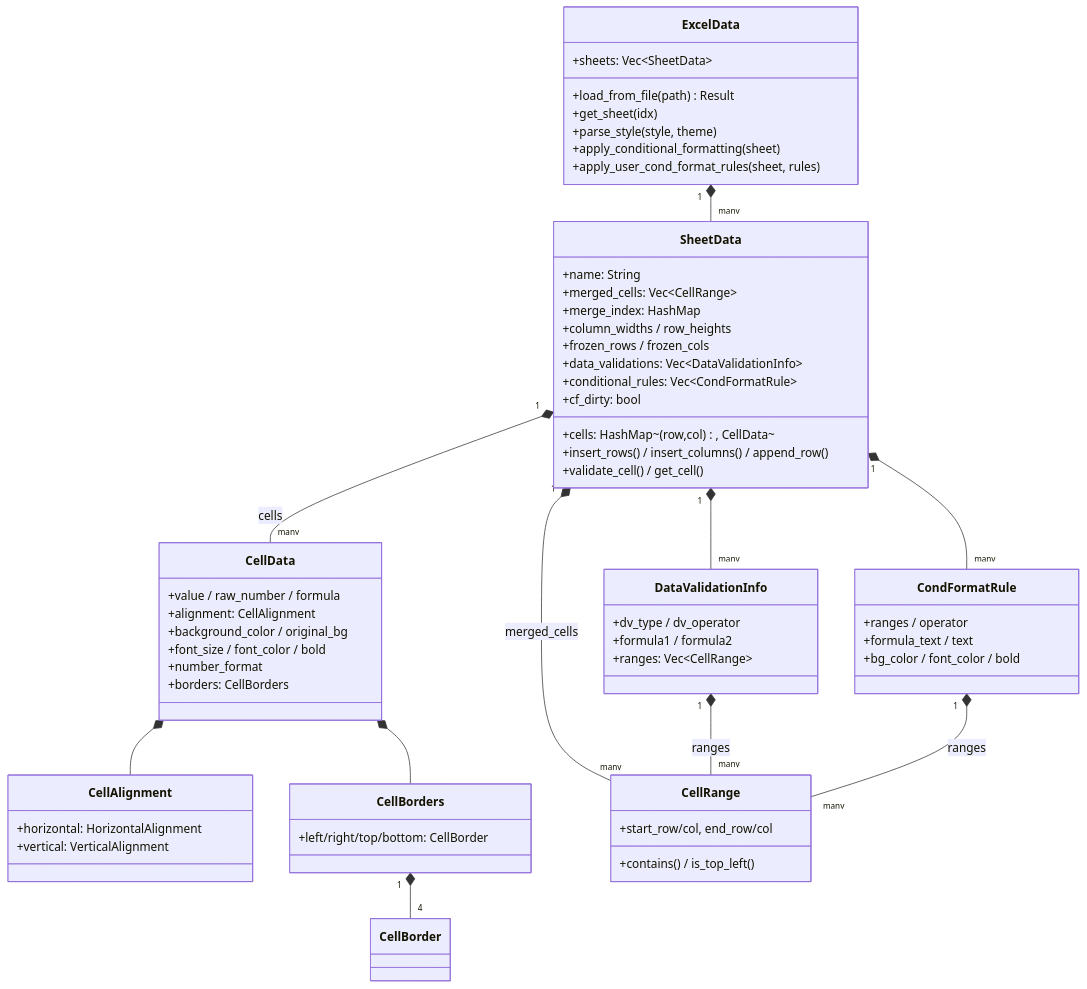
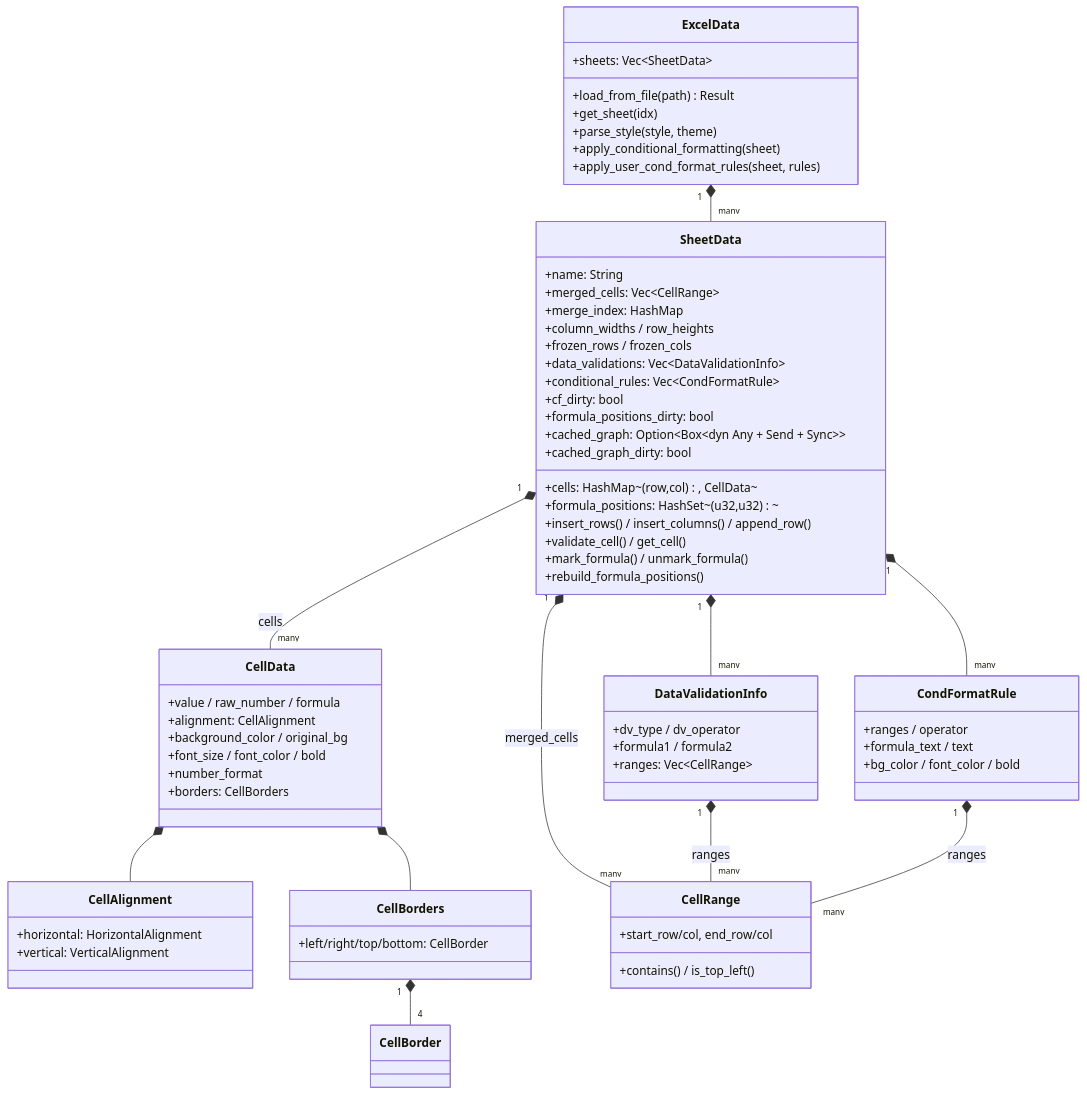
One commit to dunpju/umya-spreadsheet-excel changed the first of 4 diagrams in docs/excel/reader.md. Above: the diagram before and after it, drawn with Mermaid. The commit also changed other lines of this file and 9 other files, not shown here.

````diff
--- a/docs/excel/reader.md
+++ b/docs/excel/reader.md
@@ -129,64 +141,70 @@
 ```mermaid
 classDiagram
     class ExcelData {
         +sheets: Vec~SheetData~
         +load_from_file(path) Result
         +get_sheet(idx)
         +parse_style(style, theme)
         +apply_conditional_formatting(sheet)
         +apply_user_cond_format_rules(sheet, rules)
     }
     class SheetData {
         +name: String
         +cells: HashMap~(row,col), CellData~
         +merged_cells: Vec~CellRange~
         +merge_index: HashMap
         +column_widths / row_heights
         +frozen_rows / frozen_cols
         +data_validations: Vec~DataValidationInfo~
         +conditional_rules: Vec~CondFormatRule~
         +cf_dirty: bool
+        +formula_positions: HashSet~(u32,u32)~
+        +formula_positions_dirty: bool
+        +cached_graph: Option~Box~dyn Any + Send + Sync~~
+        +cached_graph_dirty: bool
         +insert_rows() / insert_columns() / append_row()
         +validate_cell() / get_cell()
+        +mark_formula() / unmark_formula()
+        +rebuild_formula_positions()
     }
     class CellData {
         +value / raw_number / formula
         +alignment: CellAlignment
         +background_color / original_bg
         +font_size / font_color / bold
         +number_format
         +borders: CellBorders
     }
     class CellAlignment {
         +horizontal: HorizontalAlignment
         +vertical: VerticalAlignment
     }
     class CellBorders {
         +left/right/top/bottom: CellBorder
     }
     class CellRange {
         +start_row/col, end_row/col
         +contains() / is_top_left()
     }
     class DataValidationInfo {
         +dv_type / dv_operator
         +formula1 / formula2
         +ranges: Vec~CellRange~
     }
     class CondFormatRule {
         +ranges / operator
         +formula_text / text
         +bg_color / font_color / bold
     }
 
     ExcelData "1" *-- "many" SheetData
     SheetData "1" *-- "many" CellData : cells
     SheetData "1" *-- "many" CellRange : merged_cells
     SheetData "1" *-- "many" DataValidationInfo
     SheetData "1" *-- "many" CondFormatRule
     CellData *-- CellAlignment
     CellData *-- CellBorders
     CellBorders "1" *-- "4" CellBorder
     DataValidationInfo "1" *-- "many" CellRange : ranges
     CondFormatRule "1" *-- "many" CellRange : ranges
 ```
````
